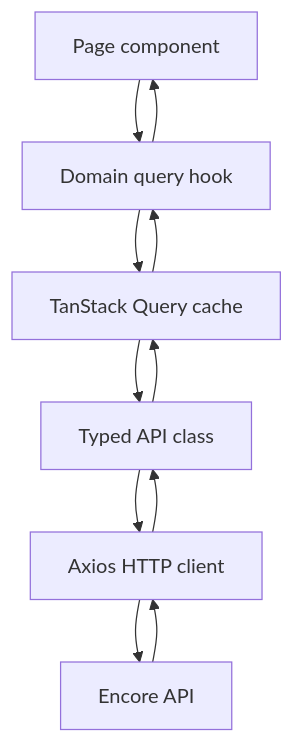
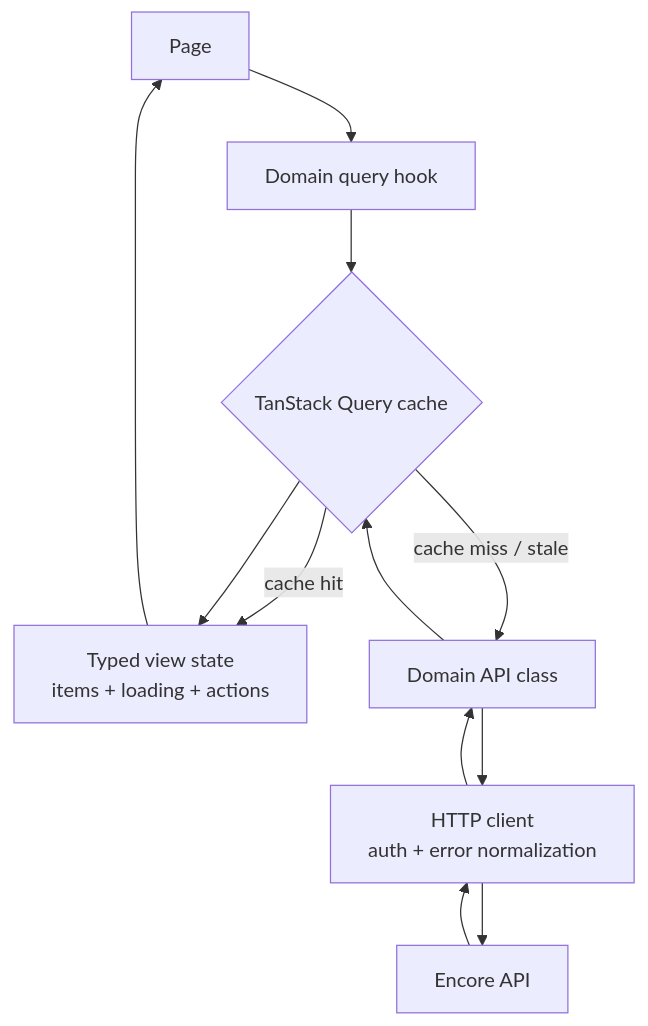
Before and after one commit to akhmetovKamil/useContent: the first of 4 diagrams in documentation/frontend/data-flow.md, drawn with Mermaid. The commit also changed other lines of this file and 27 other files, not shown here.

````diff
--- a/documentation/frontend/data-flow.md
+++ b/documentation/frontend/data-flow.md
@@ -26,13 +25,14 @@
 ```mermaid
 flowchart TD
-    Page["Page component"] --> Hook["Domain query hook"]
-    Hook --> Query["TanStack Query cache"]
-    Query --> API["Typed API class"]
-    API --> HTTP["Axios HTTP client"]
+    Page["Page"] --> Hook["Domain query hook"]
+    Hook --> Cache{"TanStack Query cache"}
+    Cache -->|cache hit| ViewState["Typed view state<br/>items + loading + actions"]
+    Cache -->|cache miss / stale| API["Domain API class"]
+    API --> HTTP["HTTP client<br/>auth + error normalization"]
     HTTP --> Backend["Encore API"]
     Backend --> HTTP
     HTTP --> API
-    API --> Query
-    Query --> Hook
-    Hook --> Page
+    API --> Cache
+    Cache --> ViewState
+    ViewState --> Page
 ```
````
